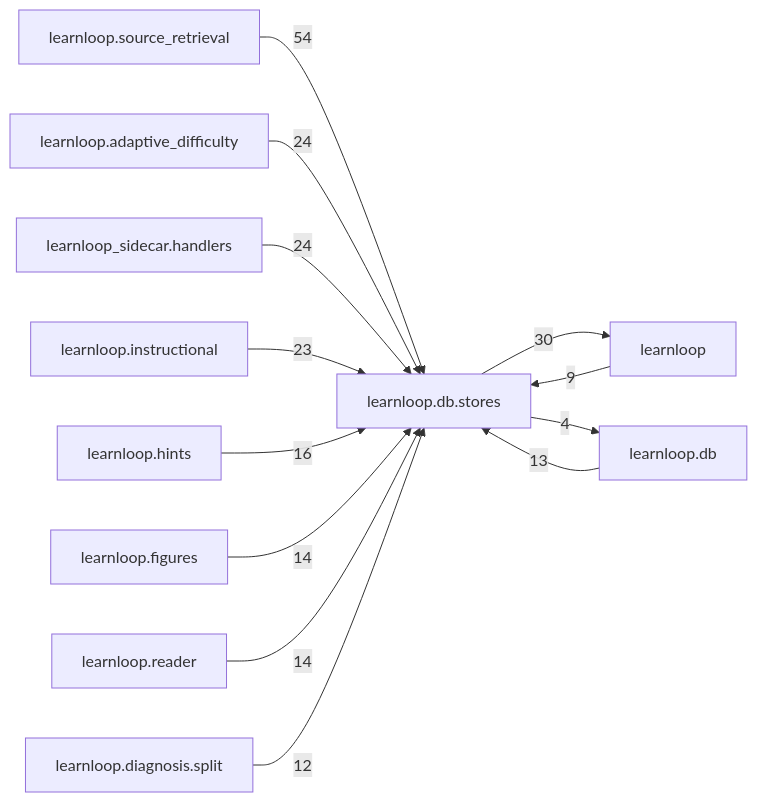
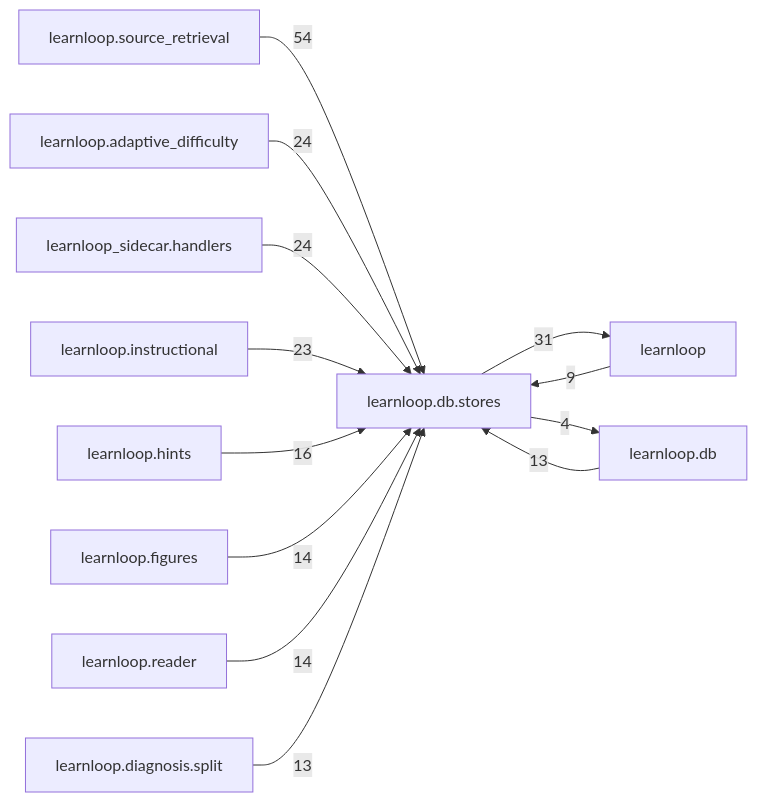
The diagram in docs/learnloop-architecture-vault/Reference/Modules/learnloop/db/stores/_package.md (6up-b/learnanything), drawn with Mermaid before and after one commit. The commit also changed other lines of this file and 559 other files, not shown here.

````diff
--- a/docs/learnloop-architecture-vault/Reference/Modules/learnloop/db/stores/_package.md
+++ b/docs/learnloop-architecture-vault/Reference/Modules/learnloop/db/stores/_package.md
@@ -213,26 +215,26 @@
 ```mermaid
 flowchart LR
     center["learnloop.db.stores"]
     n_learnloop_source_retrieval["learnloop.source_retrieval"]
     n_learnloop["learnloop"]
     n_learnloop_adaptive_difficulty["learnloop.adaptive_difficulty"]
     n_learnloop_sidecar_handlers["learnloop_sidecar.handlers"]
     n_learnloop_instructional["learnloop.instructional"]
     n_learnloop_db["learnloop.db"]
     n_learnloop_hints["learnloop.hints"]
     n_learnloop_figures["learnloop.figures"]
     n_learnloop_reader["learnloop.reader"]
     n_learnloop_diagnosis_split["learnloop.diagnosis.split"]
     n_learnloop_source_retrieval -->|54| center
     n_learnloop -->|9| center
-    center -->|30| n_learnloop
+    center -->|31| n_learnloop
     n_learnloop_adaptive_difficulty -->|24| center
     n_learnloop_sidecar_handlers -->|24| center
     n_learnloop_instructional -->|23| center
     n_learnloop_db -->|13| center
     center -->|4| n_learnloop_db
     n_learnloop_hints -->|16| center
     n_learnloop_figures -->|14| center
     n_learnloop_reader -->|14| center
-    n_learnloop_diagnosis_split -->|12| center
+    n_learnloop_diagnosis_split -->|13| center
 ```
````
